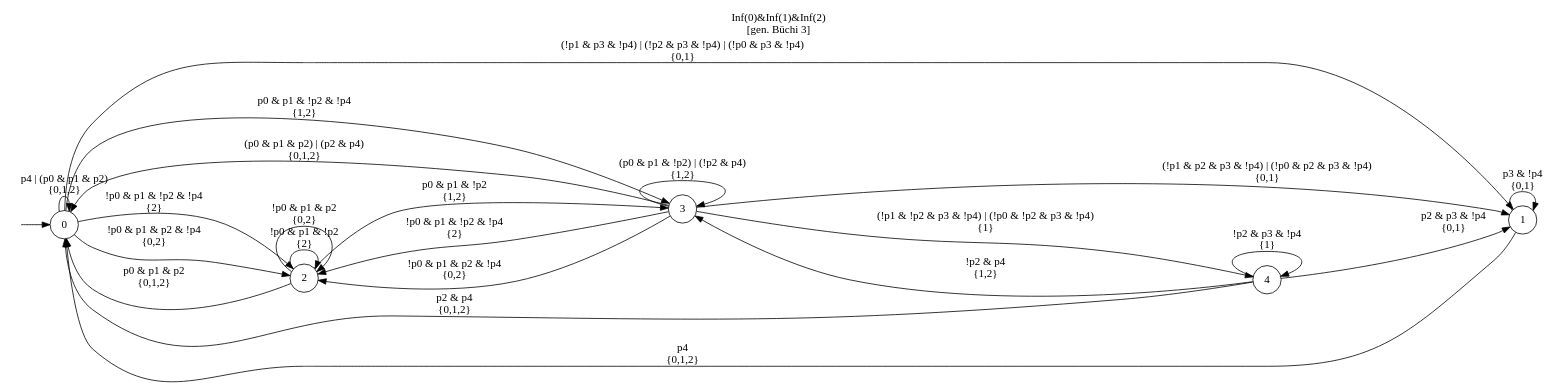
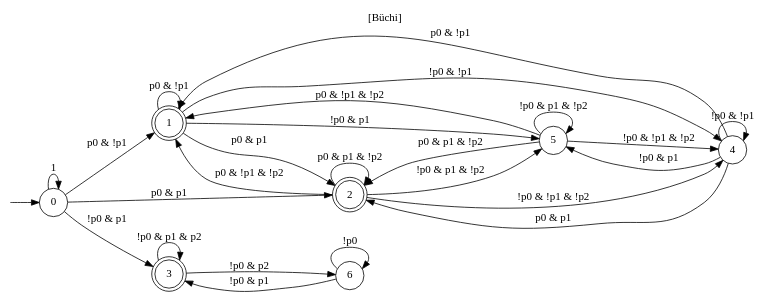
One commit to jrourke48/HMRTA_TS_GENERATION changed the diagram in Task Batch Planning Decision Tree/output/infinite_test_3.dot. Above: the diagram before and after it, drawn with Graphviz. The commit also changed 39 other files, not shown here.

```diff
--- a/Task Batch Planning Decision Tree/output/infinite_test_3.dot
+++ b/Task Batch Planning Decision Tree/output/infinite_test_3.dot
@@ -1,34 +1,39 @@
 digraph "" {
   rankdir=LR
-  label="Inf(0)&Inf(1)&Inf(2)\n[gen. Büchi 3]"
+  label="[Büchi]"
   labelloc="t"
   node [shape="circle"]
   I [label="", style=invis, width=0]
   I -> 0
   0 [label="0"]
-  0 -> 0 [label="p4 | (p0 & p1 & p2)\n{0,1,2}"]
-  0 -> 1 [label="(!p1 & p3 & !p4) | (!p2 & p3 & !p4) | (!p0 & p3 & !p4)\n{0,1}"]
-  0 -> 2 [label="!p0 & p1 & !p2 & !p4\n{2}"]
-  0 -> 2 [label="!p0 & p1 & p2 & !p4\n{0,2}"]
-  0 -> 3 [label="p0 & p1 & !p2 & !p4\n{1,2}"]
-  1 [label="1"]
-  1 -> 0 [label="p4\n{0,1,2}"]
-  1 -> 1 [label="p3 & !p4\n{0,1}"]
-  2 [label="2"]
-  2 -> 0 [label="p0 & p1 & p2\n{0,1,2}"]
-  2 -> 2 [label="!p0 & p1 & !p2\n{2}"]
-  2 -> 2 [label="!p0 & p1 & p2\n{0,2}"]
-  2 -> 3 [label="p0 & p1 & !p2\n{1,2}"]
-  3 [label="3"]
-  3 -> 0 [label="(p0 & p1 & p2) | (p2 & p4)\n{0,1,2}"]
-  3 -> 1 [label="(!p1 & p2 & p3 & !p4) | (!p0 & p2 & p3 & !p4)\n{0,1}"]
-  3 -> 2 [label="!p0 & p1 & !p2 & !p4\n{2}"]
-  3 -> 2 [label="!p0 & p1 & p2 & !p4\n{0,2}"]
-  3 -> 3 [label="(p0 & p1 & !p2) | (!p2 & p4)\n{1,2}"]
-  3 -> 4 [label="(!p1 & !p2 & p3 & !p4) | (!p0 & !p2 & p3 & !p4)\n{1}"]
+  0 -> 0 [label="1"]
+  0 -> 1 [label="p0 & !p1"]
+  0 -> 2 [label="p0 & p1"]
+  0 -> 3 [label="!p0 & p1"]
+  1 [label="1", peripheries=2]
+  1 -> 1 [label="p0 & !p1"]
+  1 -> 2 [label="p0 & p1"]
+  1 -> 4 [label="!p0 & !p1"]
+  1 -> 5 [label="!p0 & p1"]
+  2 [label="2", peripheries=2]
+  2 -> 1 [label="p0 & !p1 & !p2"]
+  2 -> 2 [label="p0 & p1 & !p2"]
+  2 -> 4 [label="!p0 & !p1 & !p2"]
+  2 -> 5 [label="!p0 & p1 & !p2"]
+  3 [label="3", peripheries=2]
+  3 -> 3 [label="!p0 & p1 & p2"]
+  3 -> 6 [label="!p0 & p2"]
   4 [label="4"]
-  4 -> 0 [label="p2 & p4\n{0,1,2}"]
-  4 -> 1 [label="p2 & p3 & !p4\n{0,1}"]
-  4 -> 3 [label="!p2 & p4\n{1,2}"]
-  4 -> 4 [label="!p2 & p3 & !p4\n{1}"]
+  4 -> 1 [label="p0 & !p1"]
+  4 -> 2 [label="p0 & p1"]
+  4 -> 4 [label="!p0 & !p1"]
+  4 -> 5 [label="!p0 & p1"]
+  5 [label="5"]
+  5 -> 1 [label="p0 & !p1 & !p2"]
+  5 -> 2 [label="p0 & p1 & !p2"]
+  5 -> 4 [label="!p0 & !p1 & !p2"]
+  5 -> 5 [label="!p0 & p1 & !p2"]
+  6 [label="6"]
+  6 -> 3 [label="!p0 & p1"]
+  6 -> 6 [label="!p0"]
 }
```
